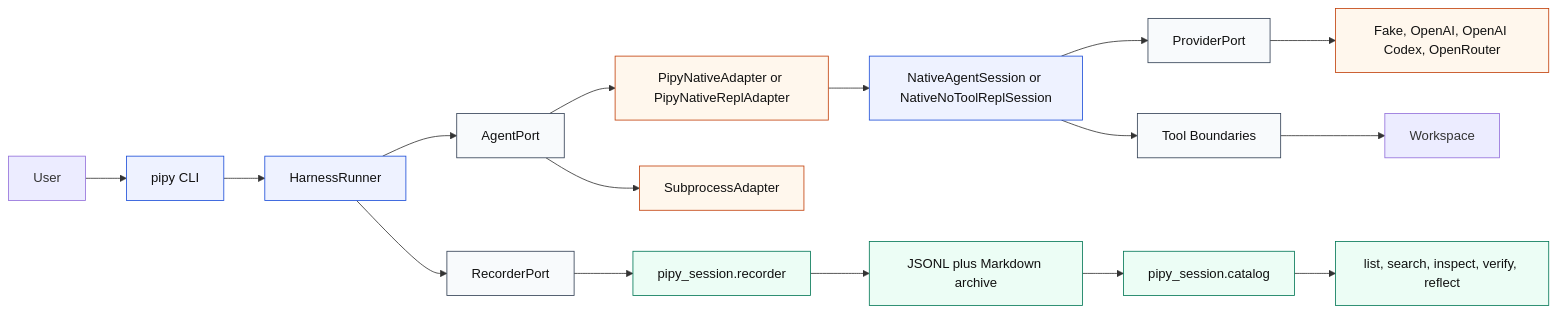
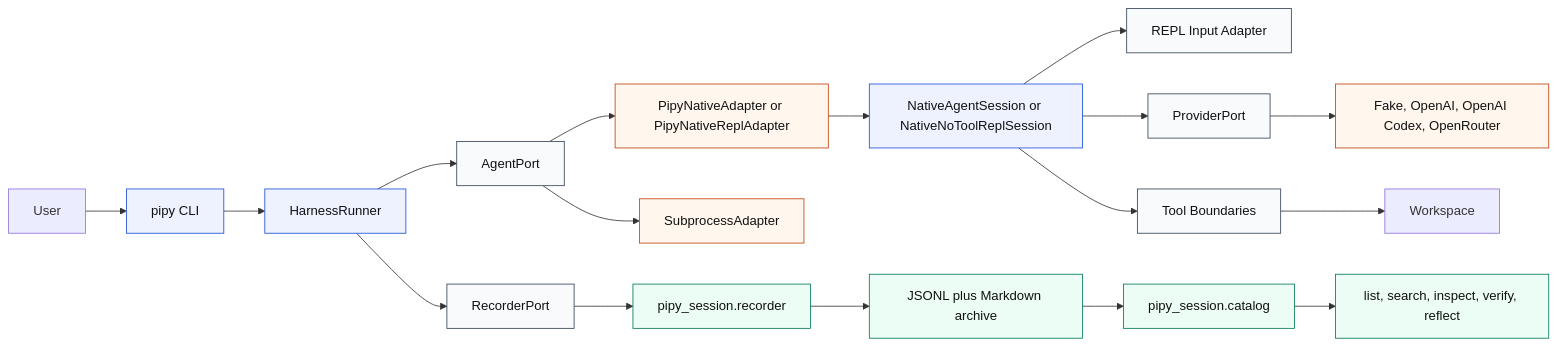
The first of 3 diagrams in docs/architecture.md (ephes/pipy), drawn with Mermaid before and after one commit. The commit also changed other lines of this file and 13 other files, not shown here.

Commit message:
Add native REPL input runtime boundary

````diff
--- a/docs/architecture.md
+++ b/docs/architecture.md
@@ -19,27 +19,28 @@
 ```mermaid
 flowchart LR
   User[User] --> CLI[pipy CLI]
   CLI --> Runner[HarnessRunner]
   Runner --> AgentPort[AgentPort]
   AgentPort --> NativeAdapter[PipyNativeAdapter or PipyNativeReplAdapter]
   AgentPort --> SubprocessAdapter[SubprocessAdapter]
   NativeAdapter --> NativeSession[NativeAgentSession or NativeNoToolReplSession]
+  NativeSession --> InputAdapter[REPL Input Adapter]
   NativeSession --> ProviderPort[ProviderPort]
   NativeSession --> ToolBoundaries[Tool Boundaries]
   ProviderPort --> Providers[Fake, OpenAI, OpenAI Codex, OpenRouter]
   ToolBoundaries --> Workspace[Workspace]
   Runner --> RecorderPort[RecorderPort]
   RecorderPort --> SessionRecorder[pipy_session.recorder]
   SessionRecorder --> Archive[JSONL plus Markdown archive]
   Archive --> Catalog[pipy_session.catalog]
   Catalog --> ReaderCommands[list, search, inspect, verify, reflect]
 
   classDef core fill:#eef2ff,stroke:#1d4ed8,color:#111111;
   classDef adapter fill:#fff7ed,stroke:#c2410c,color:#111111;
   classDef store fill:#ecfdf5,stroke:#047857,color:#111111;
   classDef boundary fill:#f8fafc,stroke:#334155,color:#111111;
   class CLI,Runner,NativeSession core;
-  class AgentPort,ProviderPort,RecorderPort,ToolBoundaries boundary;
+  class AgentPort,InputAdapter,ProviderPort,RecorderPort,ToolBoundaries boundary;
   class NativeAdapter,SubprocessAdapter,Providers adapter;
   class SessionRecorder,Archive,Catalog,ReaderCommands store;
 ```
````
